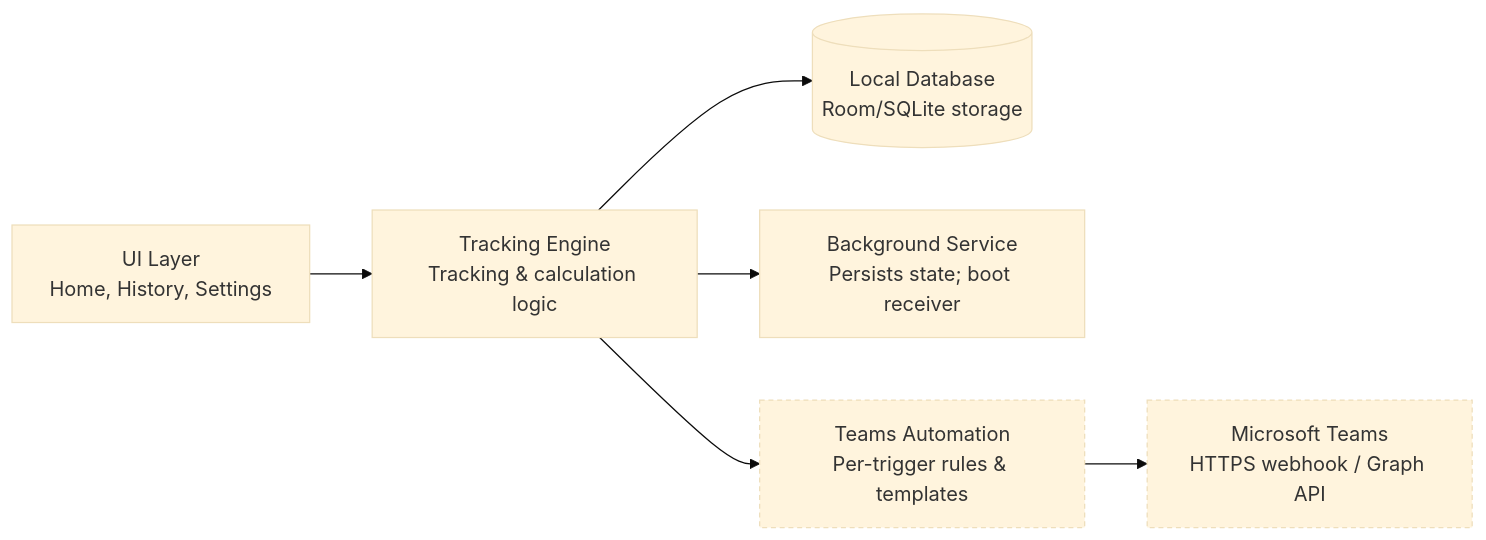
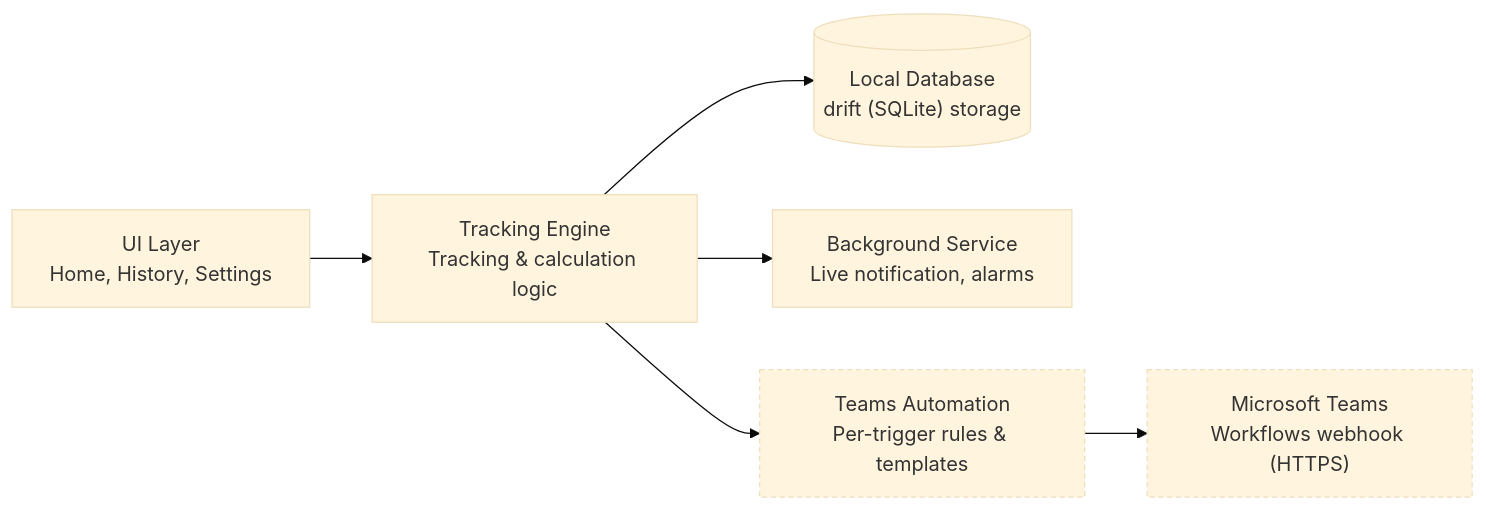
The first of 2 diagrams in docs/CRS.md (jramal/WorkPulse), drawn with Mermaid (base theme) before and after one commit. The commit also changed other lines of this file, not shown here.

````diff
--- a/docs/CRS.md
+++ b/docs/CRS.md
@@ -26,11 +26,11 @@
 ```mermaid
 flowchart LR
     UI["UI Layer<br/>Home, History, Settings"] --> TE["Tracking Engine<br/>Tracking & calculation logic"]
-    TE --> DB[("Local Database<br/>Room/SQLite storage")]
-    TE --> BG["Background Service<br/>Persists state; boot receiver"]
+    TE --> DB[("Local Database<br/>drift (SQLite) storage")]
+    TE --> BG["Background Service<br/>Live notification, alarms"]
     TE --> TA["Teams Automation<br/>Per-trigger rules & templates"]
-    TA --> MST["Microsoft Teams<br/>HTTPS webhook / Graph API"]
+    TA --> MST["Microsoft Teams<br/>Workflows webhook (HTTPS)"]
 
     classDef external stroke-dasharray: 4 3
     class TA,MST external
 ```
````
